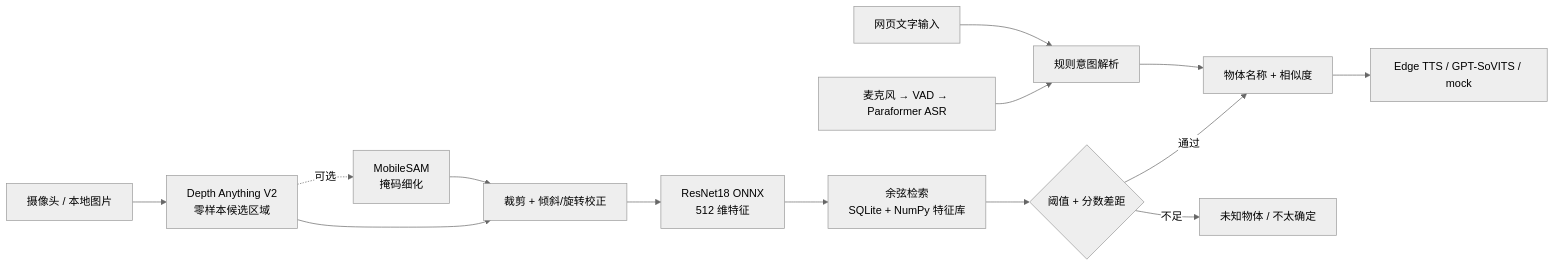
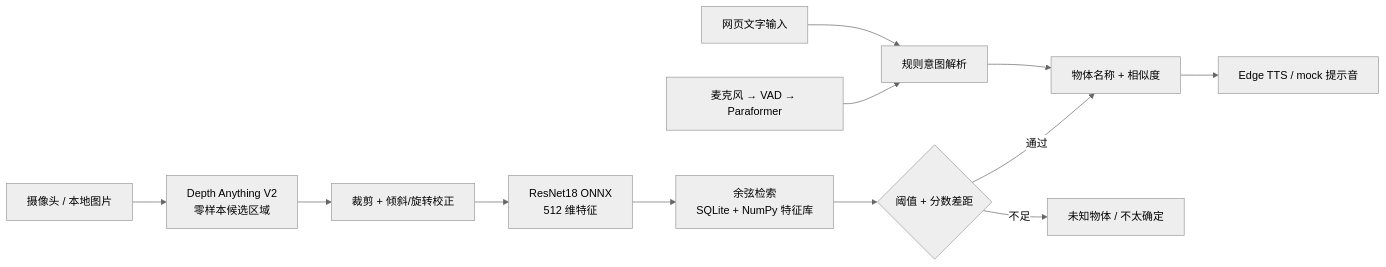
The diagram in README.md (DaShygoa/offline-vision-voice-assistant), drawn with Mermaid (neutral theme) before and after one commit. The commit also changed other lines of this file and 59 other files, not shown here.

First line of the commit message:
release: classroom demo branch — depth + ResNet18 only, browser UI, edge/mock TTS

````diff
--- a/README.md
+++ b/README.md
@@ -45,16 +105,14 @@
 ```mermaid
 flowchart LR
     A[摄像头 / 本地图片] --> B[Depth Anything V2<br/>零样本候选区域]
-    B -.可选.-> C[MobileSAM<br/>掩码细化]
-    B --> D[裁剪 + 倾斜/旋转校正]
-    C --> D
-    D --> E[ResNet18 ONNX<br/>512 维特征]
-    E --> F[余弦检索<br/>SQLite + NumPy 特征库]
-    F --> G{阈值 + 分数差距}
-    G -->|通过| H[物体名称 + 相似度]
-    G -->|不足| I[未知物体 / 不太确定]
-    J[麦克风 → VAD → Paraformer ASR] --> K[规则意图解析]
-    L[网页文字输入] --> K
-    K --> H
-    H --> M[Edge TTS / GPT-SoVITS / mock]
+    B --> C[裁剪 + 倾斜/旋转校正]
+    C --> D[ResNet18 ONNX<br/>512 维特征]
+    D --> E[余弦检索<br/>SQLite + NumPy 特征库]
+    E --> F{阈值 + 分数差距}
+    F -->|通过| G[物体名称 + 相似度]
+    F -->|不足| H[未知物体 / 不太确定]
+    I[麦克风 → VAD → Paraformer] --> J[规则意图解析]
+    K[网页文字输入] --> J
+    J --> G
+    G --> L[Edge TTS / mock 提示音]
 ```
````
